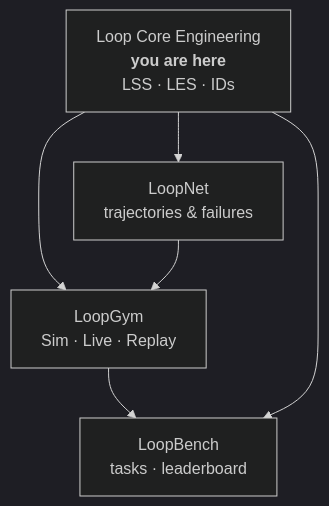
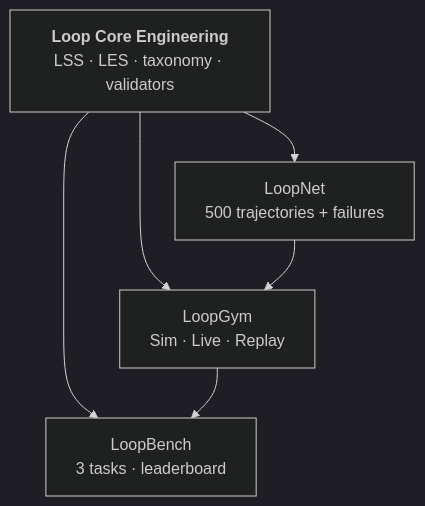
One commit to KanakMalpani/Loop-Core-Engineering changed the diagram in README.md. Above: the diagram before and after it, drawn with Mermaid (dark theme). The commit also changed other lines of this file and 1 other file, not shown here.

````diff
--- a/README.md
+++ b/README.md
@@ -53,13 +56,13 @@
 ```mermaid
 flowchart TB
-  CORE["Loop Core Engineering<br/><b>you are here</b><br/>LSS · LES · IDs"]
-  NET[LoopNet<br/>trajectories & failures]
-  GYM[LoopGym<br/>Sim · Live · Replay]
-  BENCH[LoopBench<br/>tasks · leaderboard]
+  CORE["<b>Loop Core Engineering</b><br/>LSS · LES · taxonomy · validators"]
+  NET["LoopNet<br/>500 trajectories + failures"]
+  GYM["LoopGym<br/>Sim · Live · Replay"]
+  BENCH["LoopBench<br/>3 tasks · leaderboard"]
 
   CORE --> NET
   CORE --> GYM
+  CORE --> BENCH
   NET --> GYM
   GYM --> BENCH
-  CORE --> BENCH
 ```
````
